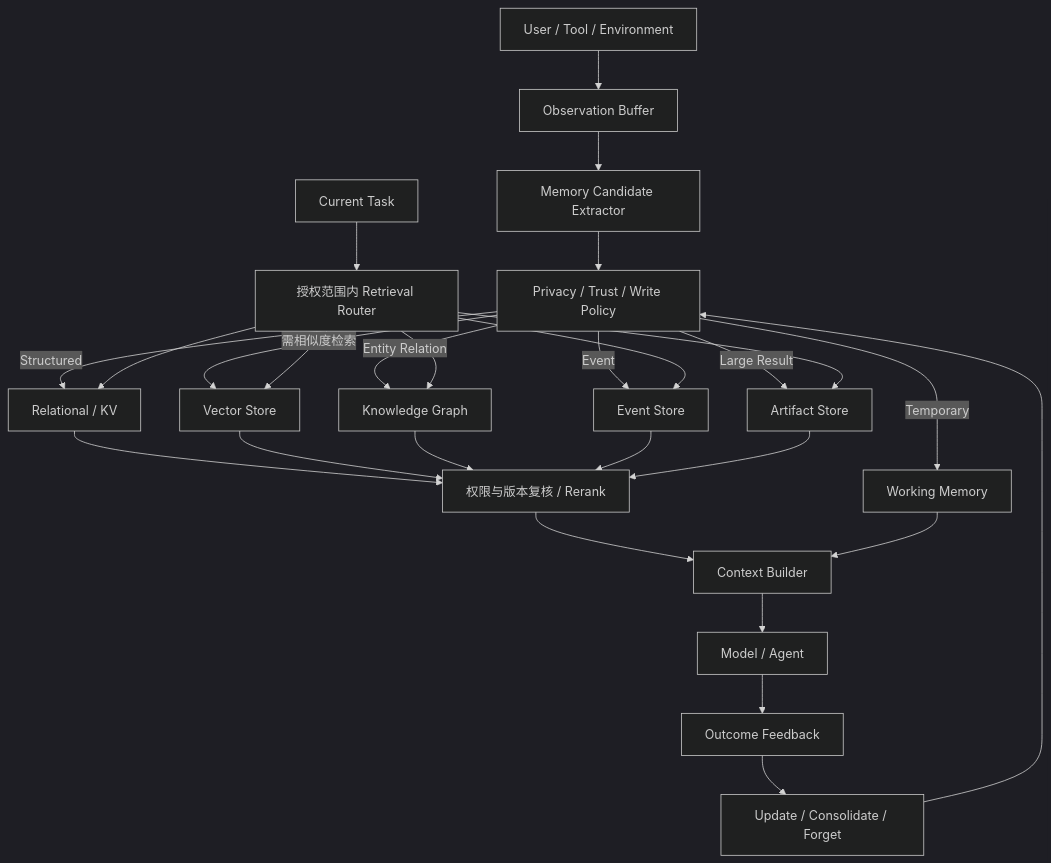
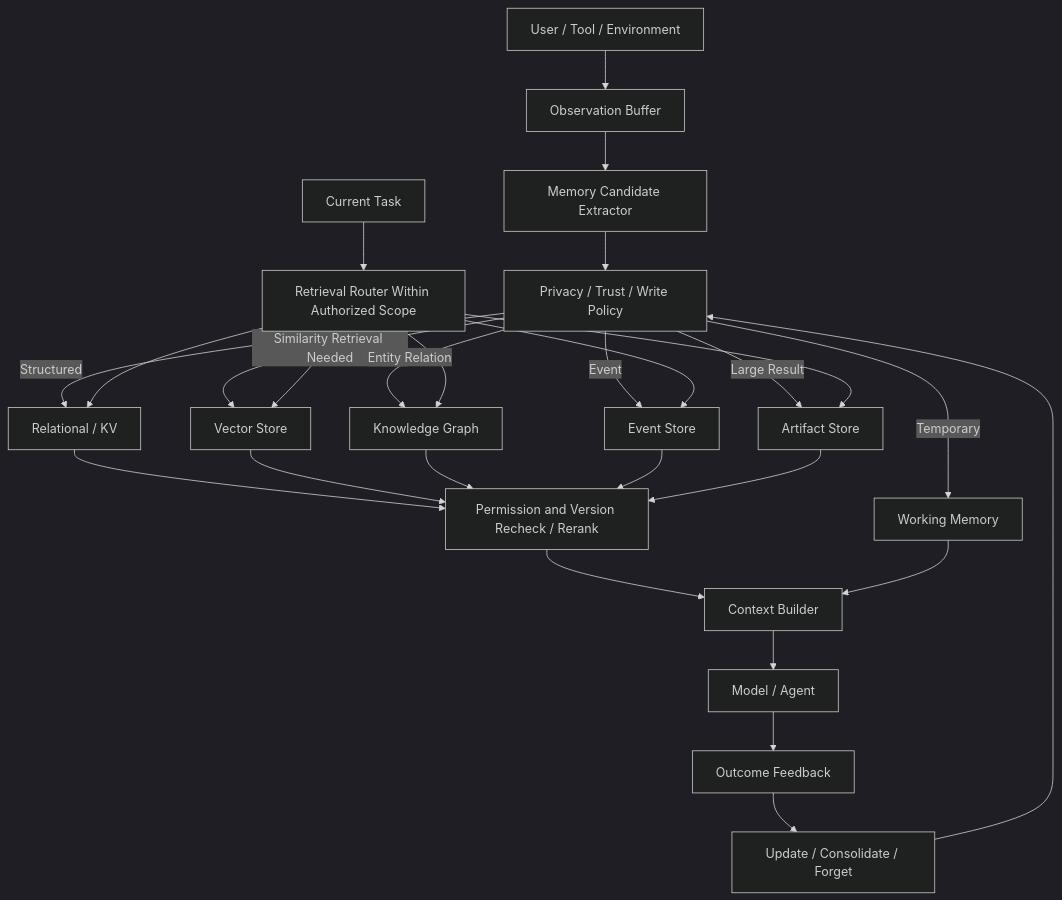
Diagram 15 of 15 in docs/agent/03-memory-context/07-agent-memory.md (oneleaveknowsthefall/awesome-ai-roadmap), drawn with Mermaid (dark theme) before and after one commit. The commit also changed other lines of this file and 68 other files, not shown here.

````diff
--- a/docs/agent/03-memory-context/07-agent-memory.md
+++ b/docs/agent/03-memory-context/07-agent-memory.md
@@ -927,34 +927,34 @@
 ```mermaid
 flowchart TB
     INPUT[User / Tool / Environment] --> OBS[Observation Buffer]
     OBS --> EXTRACT[Memory Candidate Extractor]
     EXTRACT --> POLICY[Privacy / Trust / Write Policy]
 
     POLICY -->|Temporary| WORK[Working Memory]
     POLICY -->|Structured| REL[Relational / KV]
-    POLICY -->|需相似度检索| VEC[Vector Store]
+    POLICY -->|Similarity Retrieval Needed| VEC[Vector Store]
     POLICY -->|Entity Relation| GRAPH[Knowledge Graph]
     POLICY -->|Event| EVENT[Event Store]
     POLICY -->|Large Result| ART[Artifact Store]
 
-    TASK[Current Task] --> QUERY[授权范围内 Retrieval Router]
+    TASK[Current Task] --> QUERY[Retrieval Router Within Authorized Scope]
     QUERY --> REL
     QUERY --> VEC
     QUERY --> GRAPH
     QUERY --> EVENT
     QUERY --> ART
 
-    REL --> RERANK[权限与版本复核 / Rerank]
+    REL --> RERANK[Permission and Version Recheck / Rerank]
     VEC --> RERANK
     GRAPH --> RERANK
     EVENT --> RERANK
     ART --> RERANK
 
     RERANK --> CONTEXT[Context Builder]
     WORK --> CONTEXT
     CONTEXT --> MODEL[Model / Agent]
 
     MODEL --> FEEDBACK[Outcome Feedback]
     FEEDBACK --> CONSOLIDATE[Update / Consolidate / Forget]
     CONSOLIDATE --> POLICY
 ```
````
